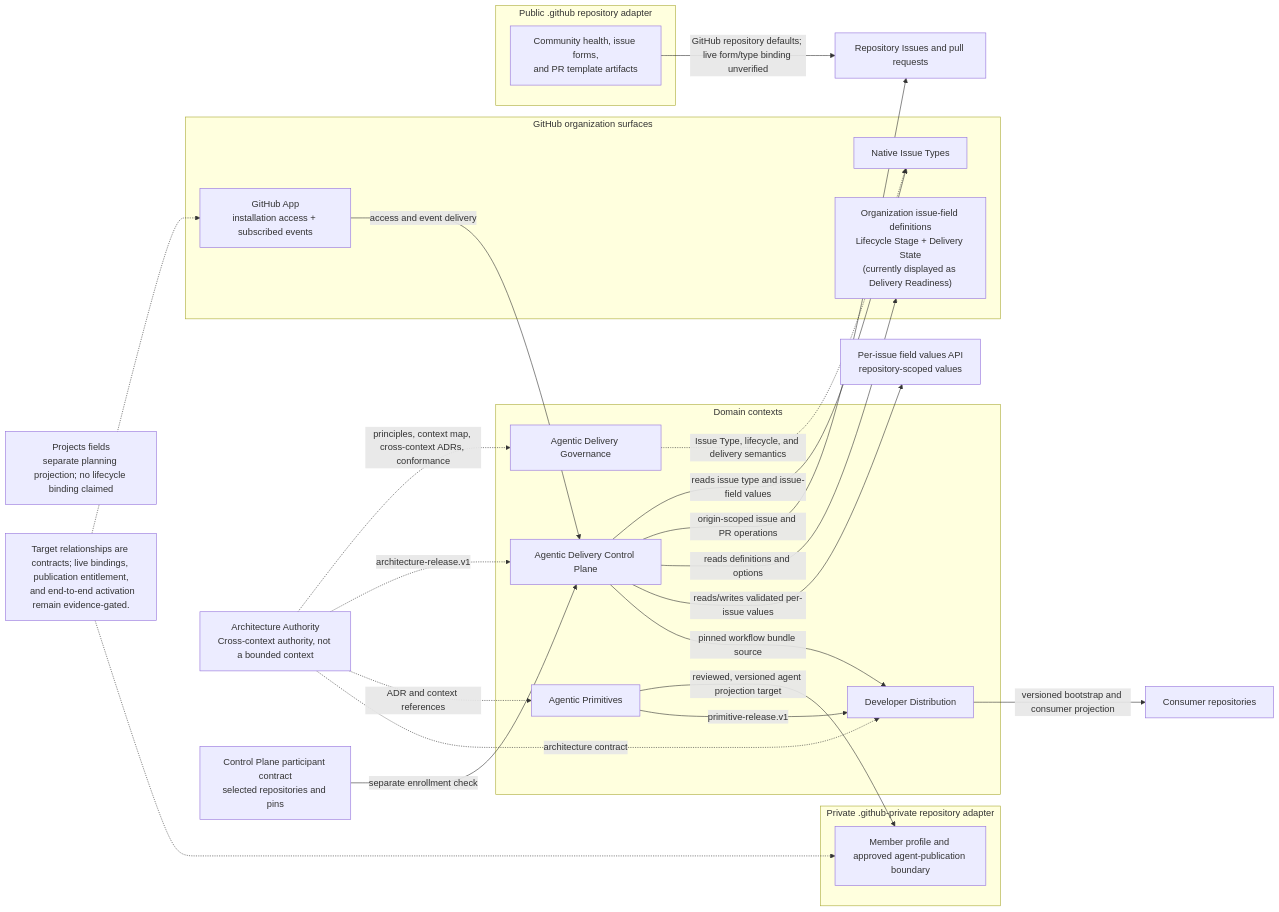
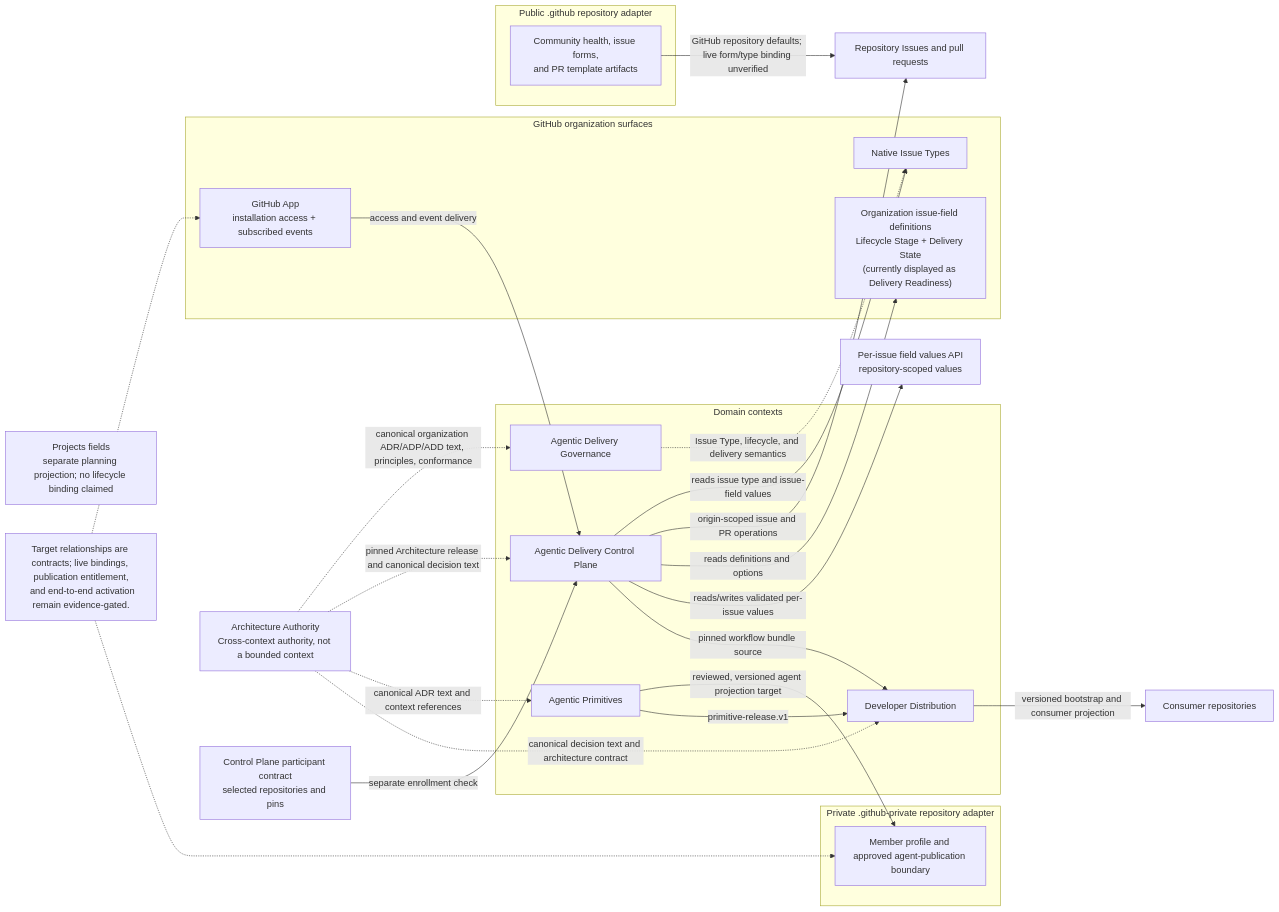
The diagram in architecture/diagrams/mermaid/context-map.mmd (agentic-delivery-lab/agentic-delivery-architecture), drawn with Mermaid before and after one commit. The commit also changed 53 other files, not shown here.

Commit message:
docs(architecture): 🏛️ centralize canonical decision text

```diff
--- a/architecture/diagrams/mermaid/context-map.mmd
+++ b/architecture/diagrams/mermaid/context-map.mmd
@@ -1,49 +1,49 @@
 flowchart LR
   subgraph DOMAIN["Domain contexts"]
     GOV["Agentic Delivery Governance"]
     CP["Agentic Delivery Control Plane"]
     PRIM["Agentic Primitives"]
     DIST["Developer Distribution"]
   end
 
   AUTH["Architecture Authority<br/>Cross-context authority, not a bounded context"]
-  AUTH -. "principles, context map, cross-context ADRs, conformance" .-> GOV
-  AUTH -. "architecture-release.v1" .-> CP
-  AUTH -. "ADR and context references" .-> PRIM
-  AUTH -. "architecture contract" .-> DIST
+  AUTH -. "canonical organization ADR/ADP/ADD text, principles, conformance" .-> GOV
+  AUTH -. "pinned Architecture release and canonical decision text" .-> CP
+  AUTH -. "canonical ADR text and context references" .-> PRIM
+  AUTH -. "canonical decision text and architecture contract" .-> DIST
 
   subgraph GHORG["GitHub organization surfaces"]
     TYPE["Native Issue Types"]
     DEFINITIONS["Organization issue-field definitions<br/>Lifecycle Stage + Delivery State<br/>(currently displayed as Delivery Readiness)"]
     APP["GitHub App<br/>installation access + subscribed events"]
   end
   WORK["Repository Issues and pull requests"]
   VALUES["Per-issue field values API<br/>repository-scoped values"]
   PROJECTS["Projects fields<br/>separate planning projection; no lifecycle binding claimed"]
   ENROLL["Control Plane participant contract<br/>selected repositories and pins"]
   APP -->|"access and event delivery"| CP
   ENROLL -->|"separate enrollment check"| CP
   CP -->|"reads issue type and issue-field values"| TYPE
   CP -->|"origin-scoped issue and PR operations"| WORK
   CP -->|"reads definitions and options"| DEFINITIONS
   CP -->|"reads/writes validated per-issue values"| VALUES
   GOV -. "Issue Type, lifecycle, and delivery semantics" .-> TYPE
 
   subgraph PUBLIC["Public .github repository adapter"]
     FORMS["Community health, issue forms,<br/>and PR template artifacts"]
   end
   FORMS -->|"GitHub repository defaults; live form/type binding unverified"| WORK
 
   subgraph PRIVATE["Private .github-private repository adapter"]
     PROFILE["Member profile and approved agent-publication boundary"]
   end
   PRIM -->|"reviewed, versioned agent projection target"| PROFILE
 
   PRIM -->|"primitive-release.v1"| DIST
   CP -->|"pinned workflow bundle source"| DIST
   DIST -->|"versioned bootstrap and consumer projection"| CONSUMER["Consumer repositories"]
 
   NOTE["Target relationships are contracts; live bindings, publication entitlement,
   and end-to-end activation remain evidence-gated."]
   NOTE -.-> APP
   NOTE -.-> PROFILE
```
